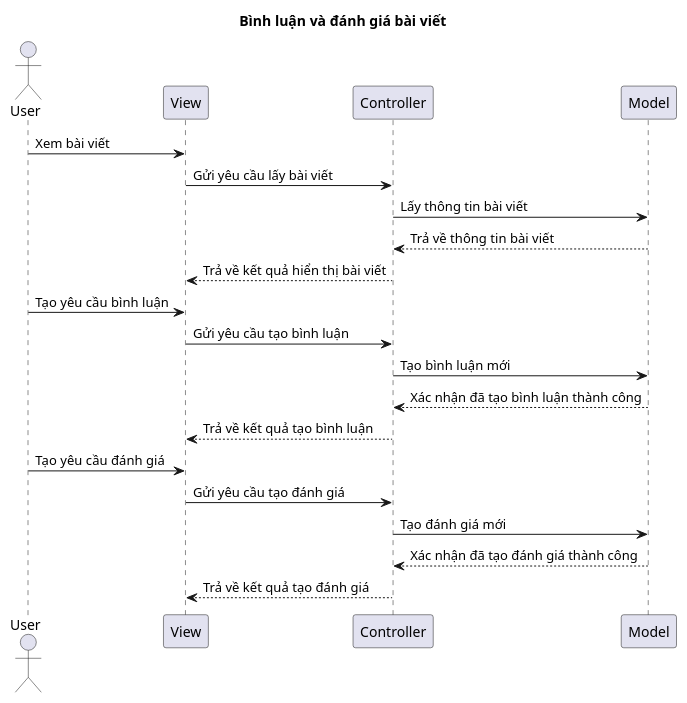
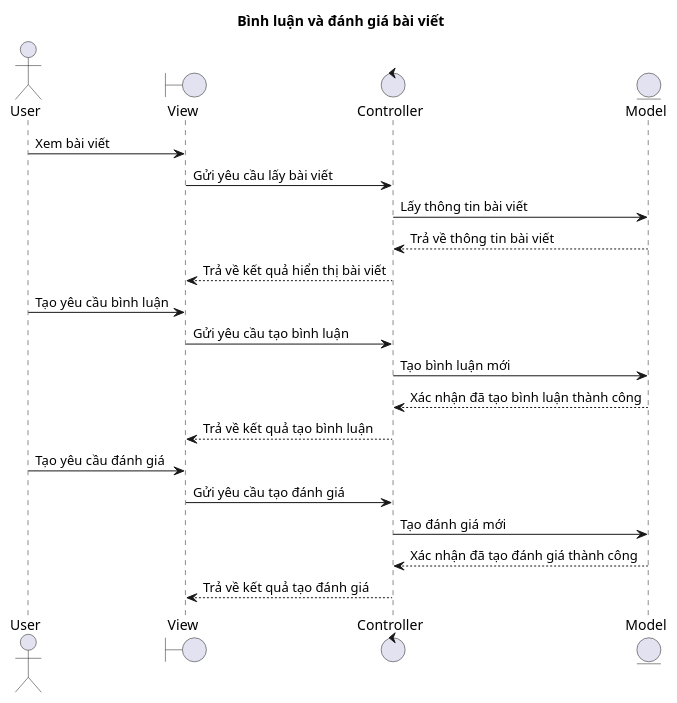
One commit to khmtk18a/slog changed the diagram in docs/src/sequence_user.plantuml. Above: the diagram before and after it, drawn with PlantUML. The commit also changed 100 other files, not shown here.

```diff
--- a/docs/src/sequence_user.plantuml
+++ b/docs/src/sequence_user.plantuml
@@ -1,28 +1,28 @@
 @startuml rating_comment
 
 title Bình luận và đánh giá bài viết
 
 actor User
-participant View
-participant Controller
-participant Model
+boundary View
+control Controller
+entity Model
 
 User -> View: Xem bài viết
 View -> Controller: Gửi yêu cầu lấy bài viết
 Controller -> Model: Lấy thông tin bài viết
 Model --> Controller: Trả về thông tin bài viết
 Controller --> View: Trả về kết quả hiển thị bài viết
 
 User -> View: Tạo yêu cầu bình luận
 View -> Controller: Gửi yêu cầu tạo bình luận
 Controller -> Model: Tạo bình luận mới
 Model --> Controller: Xác nhận đã tạo bình luận thành công
 Controller --> View: Trả về kết quả tạo bình luận
 
 User -> View: Tạo yêu cầu đánh giá
 View -> Controller: Gửi yêu cầu tạo đánh giá
 Controller -> Model: Tạo đánh giá mới
 Model --> Controller: Xác nhận đã tạo đánh giá thành công
 Controller --> View: Trả về kết quả tạo đánh giá
 
 @enduml
```
